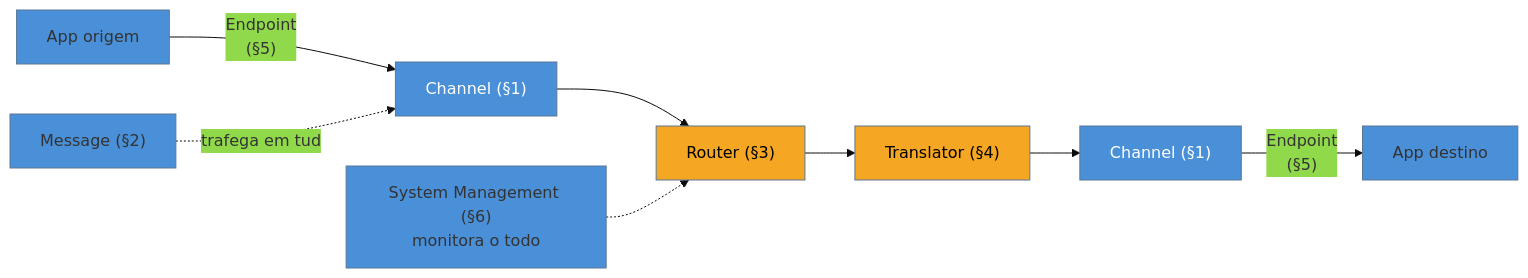
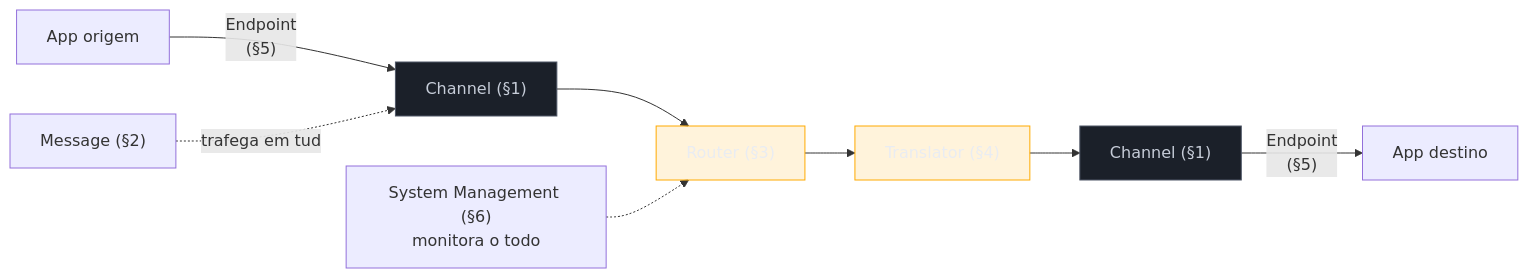
Before and after one commit to josenaldo/codex-technomanticus: the diagram in 03-Dominios/Engenharia/Design de Software/Padrões de Projeto/Integração Empresarial (EIP)/01 - Panorama da integração.md, drawn with Mermaid. The commit also changed 1181 other files, not shown here.

First line of the commit message:
fix(diagramas): paleta do sistema no lugar de cor cravada no markdown

````diff
--- a/03-Dominios/Engenharia/Design de Software/Padrões de Projeto/Integração Empresarial (EIP)/01 - Panorama da integração.md
+++ b/03-Dominios/Engenharia/Design de Software/Padrões de Projeto/Integração Empresarial (EIP)/01 - Panorama da integração.md
@@ -50,16 +50,17 @@
 ```mermaid
-%%{init: {"theme": "base", "themeVariables": {"primaryColor": "#4A90D9"}}}%%
 graph LR
+    classDef neutro fill:#1B2029,stroke:#4E5666,color:#C6CCD8
+    classDef destaque fill:#FFAA0024,stroke:#FFAA00,color:#E9ECF2
     A["App origem"] -->|"Endpoint<br/>(§5)"| CH1["Channel (§1)"]
     CH1 --> R["Router (§3)"]
     R --> T["Translator (§4)"]
     T --> CH2["Channel (§1)"]
     CH2 -->|"Endpoint<br/>(§5)"| B["App destino"]
     M["Message (§2)"] -.trafega em tudo.-> CH1
     MGMT["System Management (§6)<br/>monitora o todo"] -.-> R
 
-    style CH1 fill:#4A90D9,color:#fff
-    style CH2 fill:#4A90D9,color:#fff
-    style R fill:#F5A623,color:#000
-    style T fill:#F5A623,color:#000
+    class CH1 neutro
+    class CH2 neutro
+    class R destaque
+    class T destaque
 ```
````
